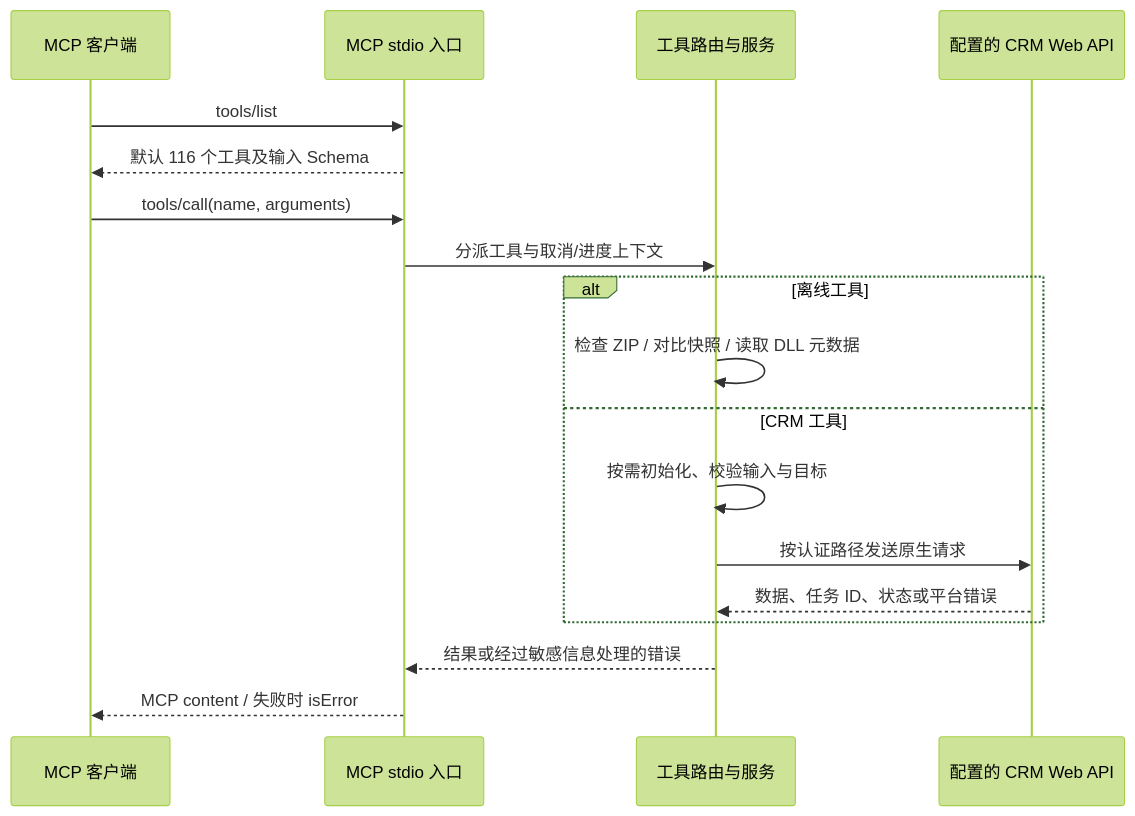
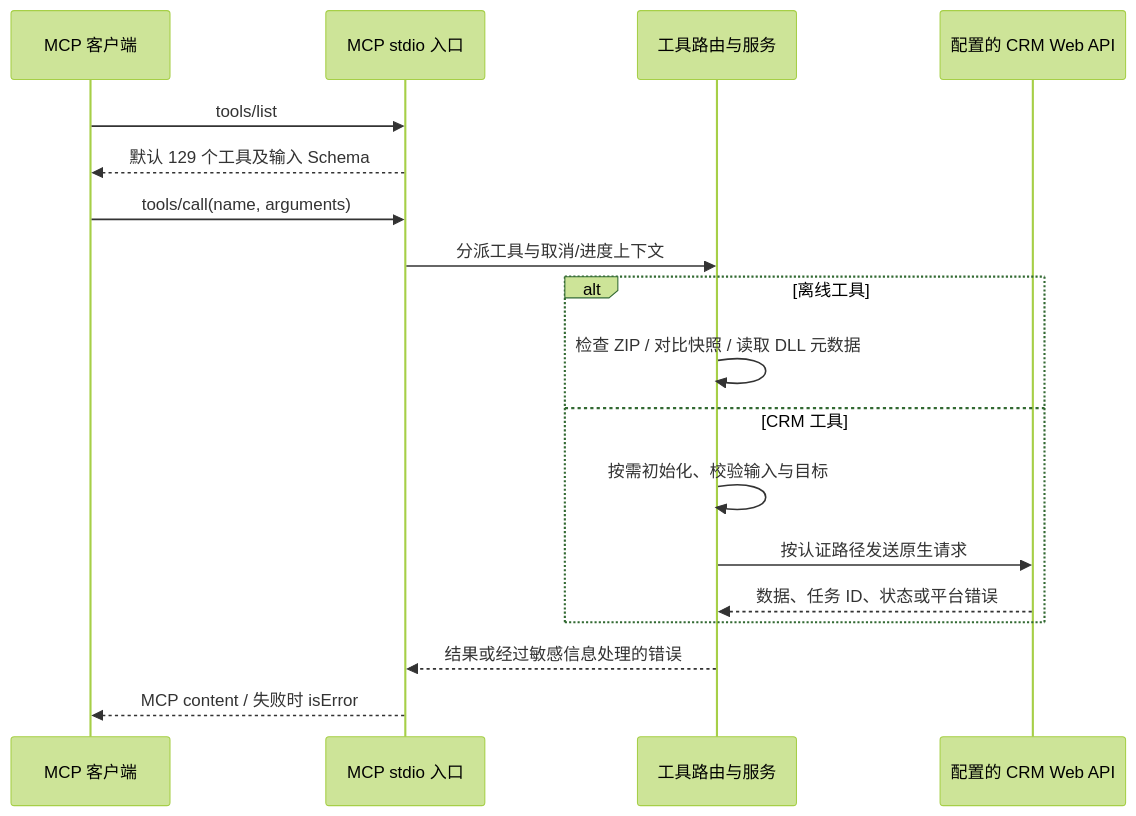
One commit to Kenny-666/Dynamics365-mcp-server changed the second of 5 diagrams in README.zh-CN.md. Above: the diagram before and after it, drawn with Mermaid (forest theme). The commit also changed other lines of this file and 44 other files, not shown here.

Commit message:
release: v1.2.0 form comparison and cloud flows

````diff
--- a/README.zh-CN.md
+++ b/README.zh-CN.md
@@ -126,20 +130,20 @@
 ```mermaid
 sequenceDiagram
     participant C as MCP 客户端
     participant M as MCP stdio 入口
     participant R as 工具路由与服务
     participant A as 配置的 CRM Web API
     C->>M: tools/list
-    M-->>C: 默认 116 个工具及输入 Schema
+    M-->>C: 默认 129 个工具及输入 Schema
     C->>M: tools/call(name, arguments)
     M->>R: 分派工具与取消/进度上下文
     alt 离线工具
         R->>R: 检查 ZIP / 对比快照 / 读取 DLL 元数据
     else CRM 工具
         R->>R: 按需初始化、校验输入与目标
         R->>A: 按认证路径发送原生请求
         A-->>R: 数据、任务 ID、状态或平台错误
     end
     R-->>M: 结果或经过敏感信息处理的错误
     M-->>C: MCP content / 失败时 isError
 ```
````
